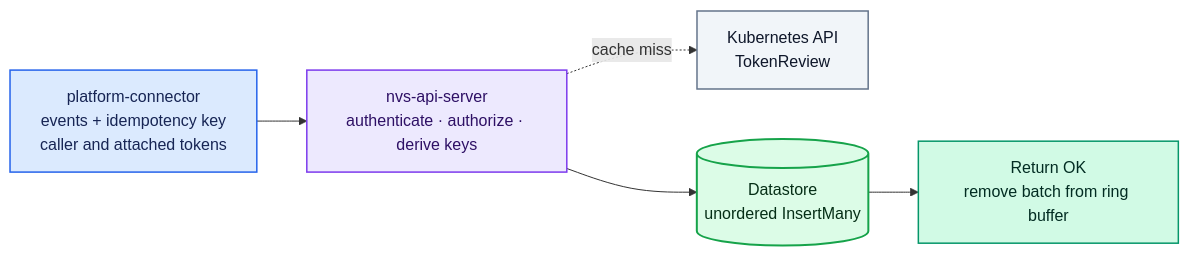
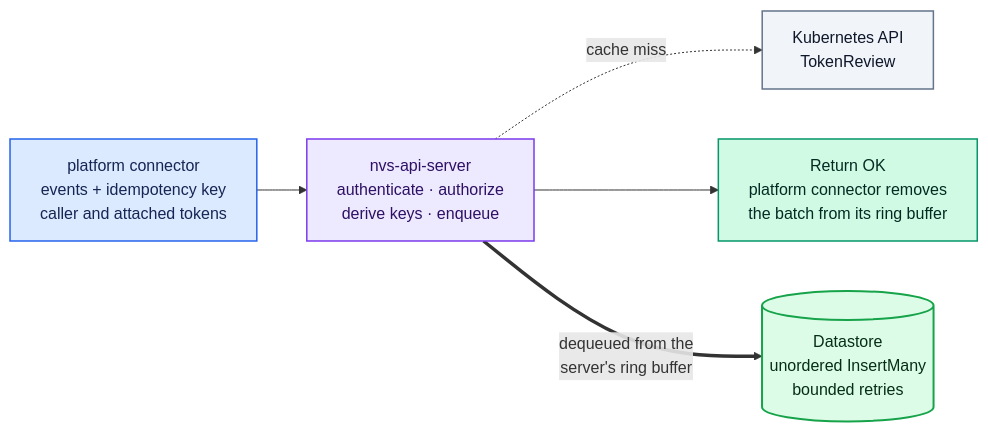
The third of 6 diagrams in docs/designs/050-datastore-api-server.md (KaivalyaMDabhadkar/NVSentinel), drawn with Mermaid before and after one commit. The commit also changed other lines of this file, not shown here.

Commit message:
fix: duplicate platform connector code as nvs-api-server

````diff
--- a/docs/designs/050-datastore-api-server.md
+++ b/docs/designs/050-datastore-api-server.md
@@ -200,24 +249,24 @@
 ```mermaid
 flowchart LR
-    PC["platform-connector<br/>events + idempotency key<br/>caller and attached tokens"]
-    API["nvs-api-server<br/>authenticate · authorize · derive keys"]
+    PC["platform connector<br/>events + idempotency key<br/>caller and attached tokens"]
+    API["nvs-api-server<br/>authenticate · authorize<br/>derive keys · enqueue"]
     K8S["Kubernetes API<br/>TokenReview"]
-    DB[("Datastore<br/>unordered InsertMany")]
-    DONE["Return OK<br/>remove batch from ring buffer"]
+    ACK["Return OK<br/>platform connector removes<br/>the batch from its ring buffer"]
+    DB[("Datastore<br/>unordered InsertMany<br/>bounded retries")]
 
     PC --> API
     API -. "cache miss" .-> K8S
-    API --> DB
-    DB --> DONE
+    API --> ACK
+    API == "dequeued from the<br/>server's ring buffer" ==> DB
 
     classDef client fill:#DBEAFE,stroke:#2563EB,color:#172554,stroke-width:1.5px
     classDef service fill:#EDE9FE,stroke:#7C3AED,color:#2E1065,stroke-width:1.5px
     classDef support fill:#F1F5F9,stroke:#64748B,color:#0F172A,stroke-width:1.5px
     classDef database fill:#DCFCE7,stroke:#16A34A,color:#052E16,stroke-width:2px
     classDef success fill:#D1FAE5,stroke:#059669,color:#022C22,stroke-width:1.5px
     class PC client
     class API service
     class K8S support
     class DB database
-    class DONE success
+    class ACK success
 ```
````
